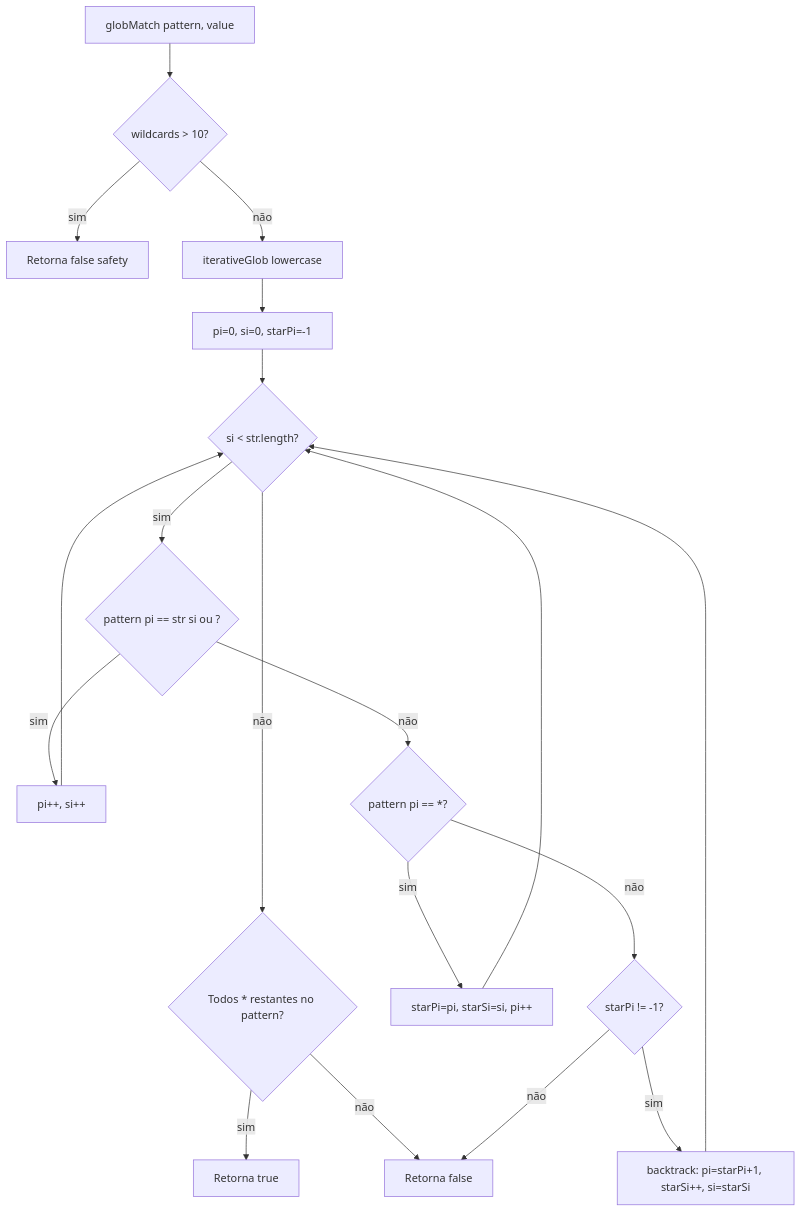
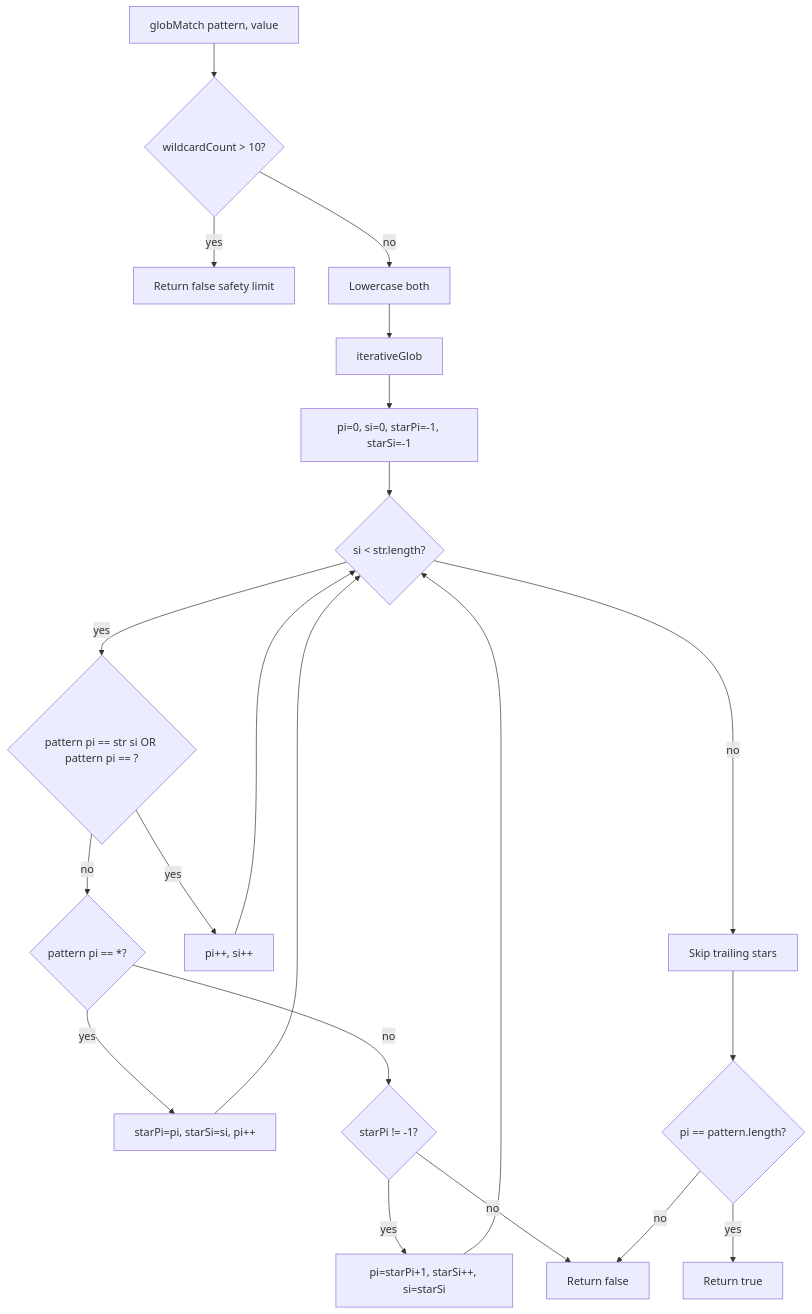
One commit to Hermenics/deepseek-code changed the third of 4 diagrams in _reversa_sdd/flowcharts/permissions.md. Above: the diagram before and after it, drawn with Mermaid. The commit also changed other lines of this file and 75 other files, not shown here.

First line of the commit message:
docs(sdd): translate ADRs and architecture docs to English, reorganize proxy module

````diff
--- a/_reversa_sdd/flowcharts/permissions.md
+++ b/_reversa_sdd/flowcharts/permissions.md
@@ -31,21 +72,27 @@
 ```mermaid
 flowchart TD
-    A[globMatch pattern, value] --> B{wildcards > 10?}
-    B -->|sim| C[Retorna false safety]
-    B -->|não| D[iterativeGlob lowercase]
-    D --> E[pi=0, si=0, starPi=-1]
-    E --> F{si < str.length?}
-    F -->|não| G{Todos * restantes no pattern?}
-    G -->|sim| H[Retorna true]
-    G -->|não| I[Retorna false]
-    F -->|sim| J{pattern pi == str si ou ?}
-    J -->|sim| K[pi++, si++]
-    K --> F
-    J -->|não| L{pattern pi == *?}
-    L -->|sim| M[starPi=pi, starSi=si, pi++]
-    M --> F
-    L -->|não| N{starPi != -1?}
-    N -->|sim| O[backtrack: pi=starPi+1, starSi++, si=starSi]
-    O --> F
-    N -->|não| I
+    A[globMatch pattern, value] --> B{wildcardCount > 10?}
+    B -->|yes| C[Return false safety limit]
+    B -->|no| D[Lowercase both]
+    D --> E[iterativeGlob]
+    
+    E --> F[pi=0, si=0, starPi=-1, starSi=-1]
+    F --> G{si < str.length?}
+    G -->|no| H[Skip trailing stars]
+    G -->|yes| I{pattern pi == str si OR pattern pi == ?}
+    
+    I -->|yes| J[pi++, si++]
+    I -->|no| K{pattern pi == *?}
+    K -->|yes| L[starPi=pi, starSi=si, pi++]
+    K -->|no| M{starPi != -1?}
+    M -->|yes| N[pi=starPi+1, starSi++, si=starSi]
+    M -->|no| O[Return false]
+    
+    J --> G
+    L --> G
+    N --> G
+    
+    H --> P{pi == pattern.length?}
+    P -->|yes| Q[Return true]
+    P -->|no| O
 ```
````
